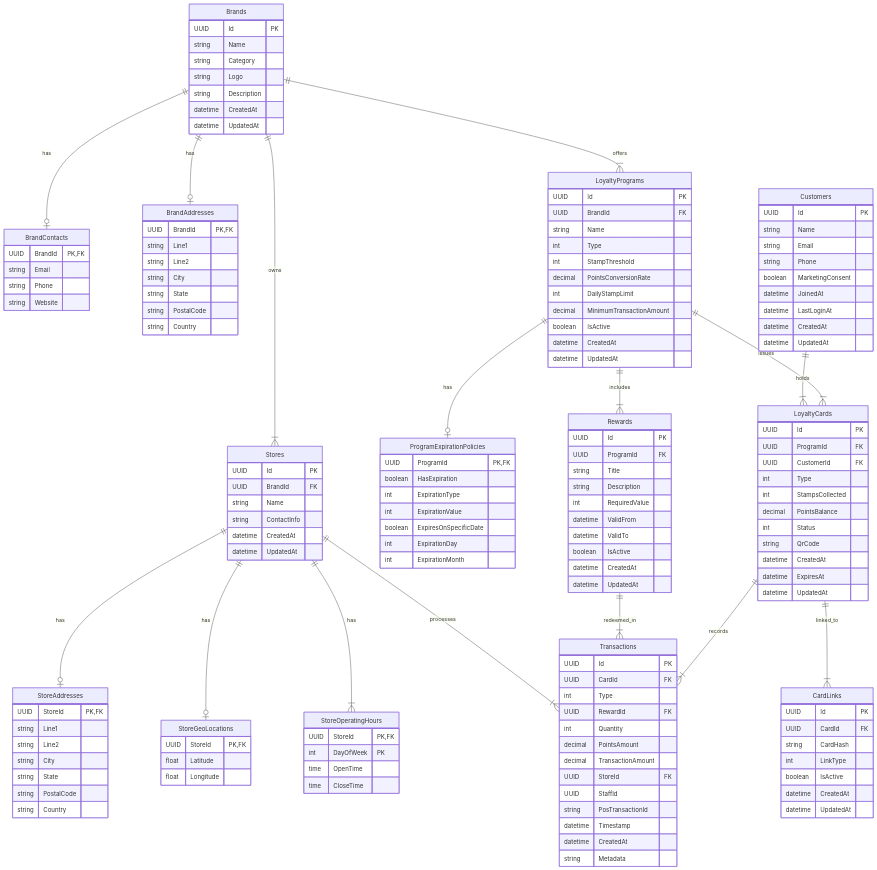
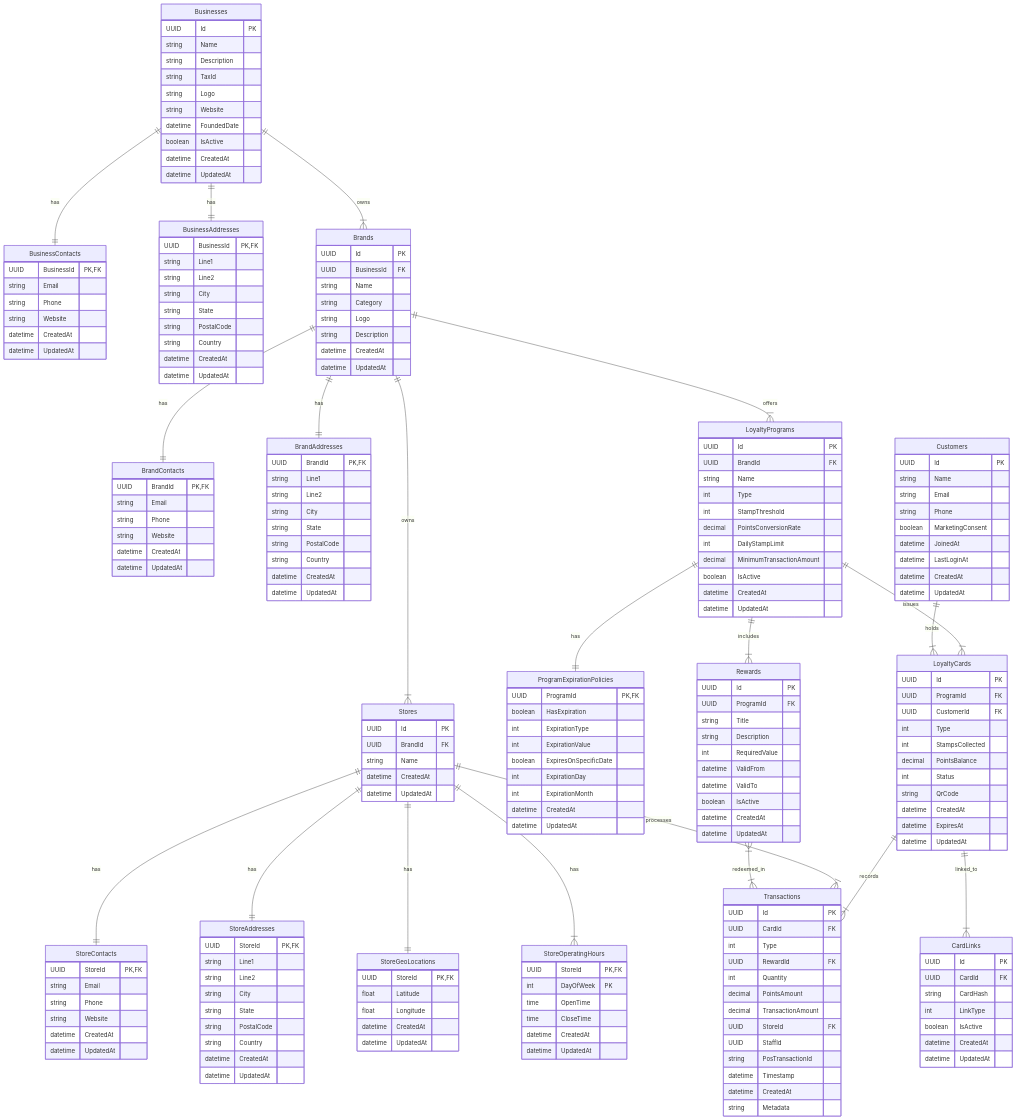
One commit to ryangillooly/LoyaltySystem changed the diagram in temp/loyalty_system_erd_mermaid.md. Above: the diagram before and after it, drawn with Mermaid. The commit also changed 44 other files, not shown here.

````diff
--- a/temp/loyalty_system_erd_mermaid.md
+++ b/temp/loyalty_system_erd_mermaid.md
@@ -1,23 +1,43 @@
 ```mermaid
 erDiagram
-    Brands ||--o| BrandContacts : has
-    Brands ||--o| BrandAddresses : has
-    Brands ||--|{ Stores : owns
-    Stores ||--o| StoreAddresses : has
-    Stores ||--o| StoreGeoLocations : has
-    Stores ||--|{ StoreOperatingHours : has
-    Brands ||--|{ LoyaltyPrograms : offers
-    LoyaltyPrograms ||--o| ProgramExpirationPolicies : has
-    LoyaltyPrograms ||--|{ Rewards : includes
-    LoyaltyPrograms ||--|{ LoyaltyCards : issues
-    Customers ||--|{ LoyaltyCards : holds
-    LoyaltyCards ||--|{ Transactions : records
-    Rewards ||--|{ Transactions : redeemed_in
-    Stores ||--|{ Transactions : processes
-    LoyaltyCards ||--|{ CardLinks : linked_to
+    %% Core Entities
+    Businesses {
+        UUID Id PK
+        string Name
+        string Description
+        string TaxId
+        string Logo
+        string Website
+        datetime FoundedDate
+        boolean IsActive
+        datetime CreatedAt
+        datetime UpdatedAt
+    }
+
+    BusinessContacts {
+        UUID BusinessId PK,FK
+        string Email
+        string Phone
+        string Website
+        datetime CreatedAt
+        datetime UpdatedAt
+    }
+
+    BusinessAddresses {
+        UUID BusinessId PK,FK
+        string Line1
+        string Line2
+        string City
+        string State
+        string PostalCode
+        string Country
+        datetime CreatedAt
+        datetime UpdatedAt
+    }
 
     Brands {
         UUID Id PK
+        UUID BusinessId FK
         string Name
         string Category
         string Logo
@@ -31,6 +51,8 @@
         string Email
         string Phone
         string Website
+        datetime CreatedAt
+        datetime UpdatedAt
     }
 
     BrandAddresses {
@@ -41,13 +63,23 @@
         string State
         string PostalCode
         string Country
+        datetime CreatedAt
+        datetime UpdatedAt
     }
 
     Stores {
         UUID Id PK
         UUID BrandId FK
         string Name
-        string ContactInfo
+        datetime CreatedAt
+        datetime UpdatedAt
+    }
+
+    StoreContacts {
+        UUID StoreId PK,FK
+        string Email
+        string Phone
+        string Website
         datetime CreatedAt
         datetime UpdatedAt
     }
@@ -60,12 +92,16 @@
         string State
         string PostalCode
         string Country
+        datetime CreatedAt
+        datetime UpdatedAt
     }
 
     StoreGeoLocations {
         UUID StoreId PK,FK
         float Latitude
         float Longitude
+        datetime CreatedAt
+        datetime UpdatedAt
     }
 
     StoreOperatingHours {
@@ -73,20 +109,11 @@
         int DayOfWeek PK
         time OpenTime
         time CloseTime
-    }
-
-    Customers {
-        UUID Id PK
-        string Name
-        string Email
-        string Phone
-        boolean MarketingConsent
-        datetime JoinedAt
-        datetime LastLoginAt
         datetime CreatedAt
         datetime UpdatedAt
     }
 
+    %% Loyalty Program Entities
     LoyaltyPrograms {
         UUID Id PK
         UUID BrandId FK
@@ -109,6 +136,8 @@
         boolean ExpiresOnSpecificDate
         int ExpirationDay
         int ExpirationMonth
+        datetime CreatedAt
+        datetime UpdatedAt
     }
 
     Rewards {
@@ -120,6 +149,19 @@
         datetime ValidFrom
         datetime ValidTo
         boolean IsActive
+        datetime CreatedAt
+        datetime UpdatedAt
+    }
+
+    %% Customer Entities
+    Customers {
+        UUID Id PK
+        string Name
+        string Email
+        string Phone
+        boolean MarketingConsent
+        datetime JoinedAt
+        datetime LastLoginAt
         datetime CreatedAt
         datetime UpdatedAt
     }
@@ -138,6 +180,7 @@
         datetime UpdatedAt
     }
 
+    %% Transaction Entities
     Transactions {
         UUID Id PK
         UUID CardId FK
@@ -163,4 +206,31 @@
         datetime CreatedAt
         datetime UpdatedAt
     }
+
+    %% Relationship Definitions
+    Businesses ||--|| BusinessContacts : "has"
+    Businesses ||--|| BusinessAddresses : "has"
+    Businesses ||--|{ Brands : "owns"
+    
+    Brands ||--|| BrandContacts : "has"
+    Brands ||--|| BrandAddresses : "has"
+    Brands ||--|{ Stores : "owns"
+    Brands ||--|{ LoyaltyPrograms : "offers"
+    
+    Stores ||--|| StoreContacts : "has"
+    Stores ||--|| StoreAddresses : "has"
+    Stores ||--|| StoreGeoLocations : "has"
+    Stores ||--|{ StoreOperatingHours : "has"
+    
+    LoyaltyPrograms ||--|| ProgramExpirationPolicies : "has"
+    LoyaltyPrograms ||--|{ Rewards : "includes"
+    LoyaltyPrograms ||--|{ LoyaltyCards : "issues"
+    
+    Customers ||--|{ LoyaltyCards : "holds"
+    
+    LoyaltyCards ||--|{ Transactions : "records"
+    LoyaltyCards ||--|{ CardLinks : "linked_to"
+    
+    Stores ||--|{ Transactions : "processes"
+    Rewards }|--|{ Transactions : "redeemed_in"
 ``` 
````
